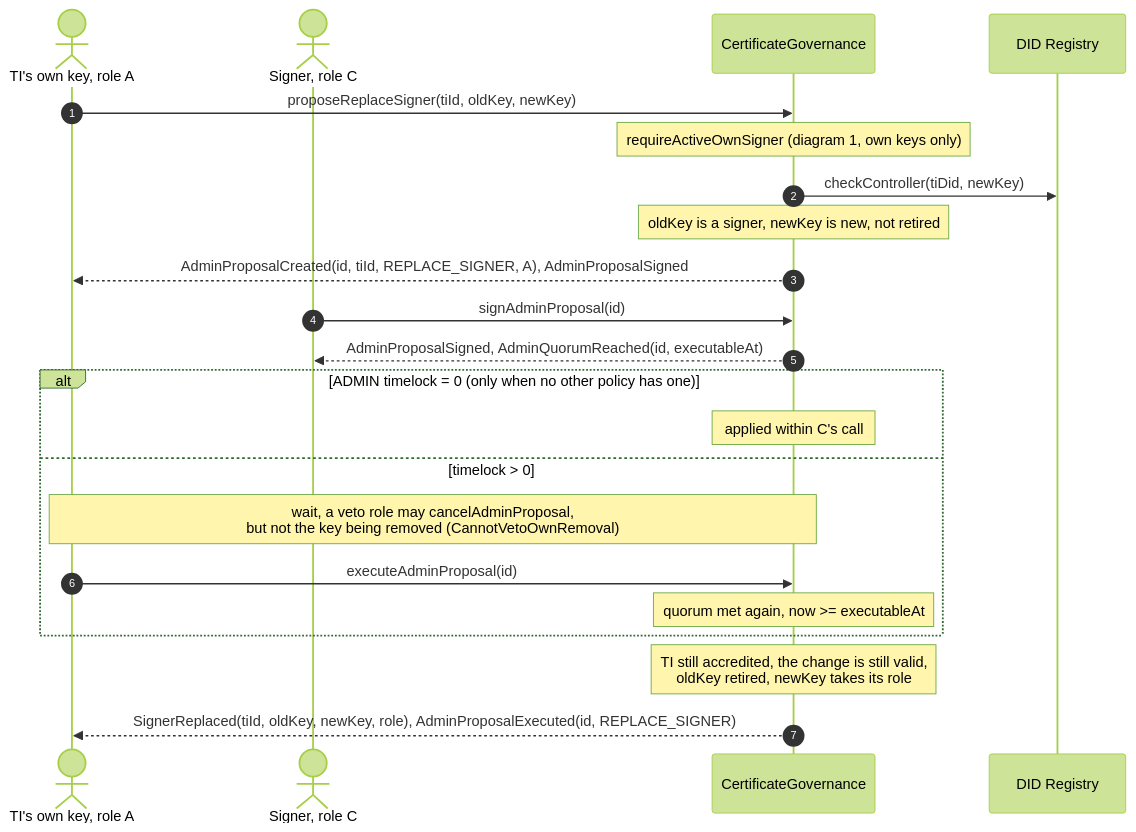
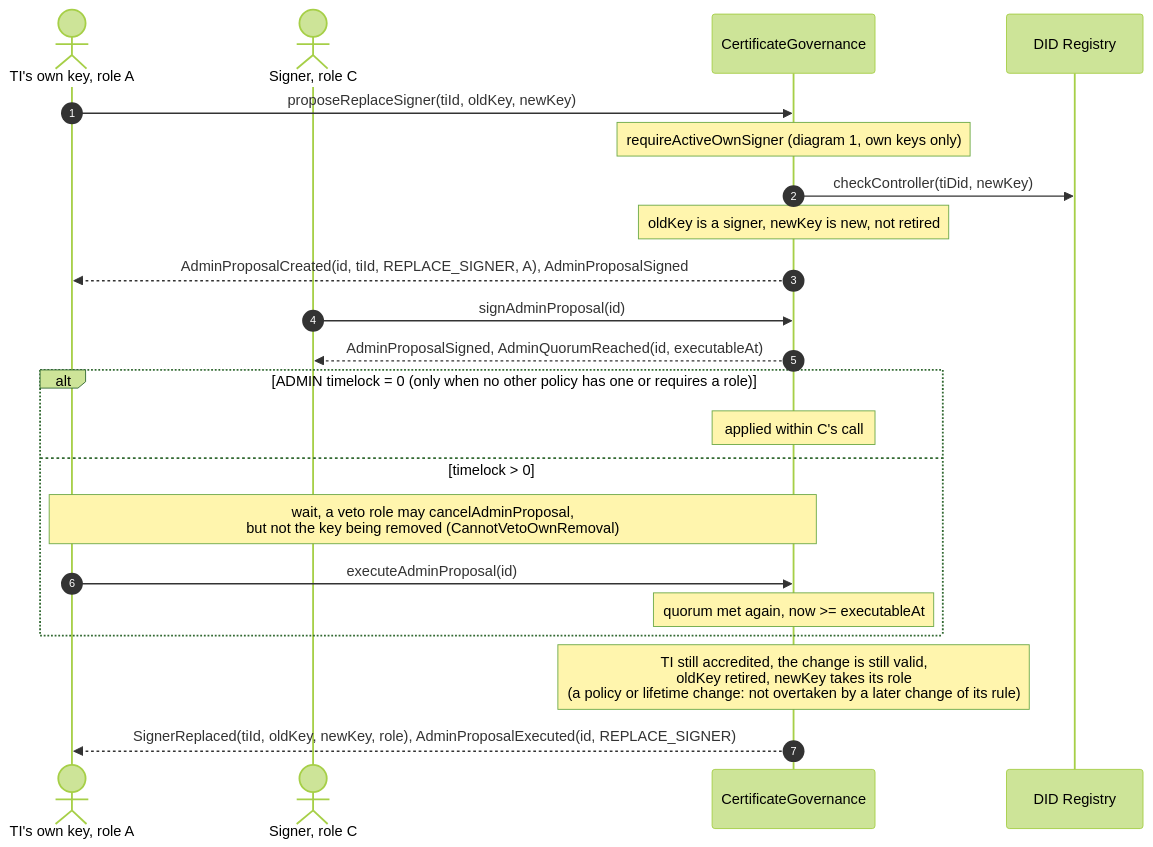
One commit to fiit-ba/ebsi-licences-for-cybersecurity-managers changed the seventh of 9 diagrams in contracts/docs/sequence-diagrams.md. Above: the diagram before and after it, drawn with Mermaid (forest theme). The commit also changed 8 other files, not shown here.

Commit message:
fix: Expire a rule change once a later change of the same policy or lifetime takes effect

````diff
--- a/contracts/docs/sequence-diagrams.md
+++ b/contracts/docs/sequence-diagrams.md
@@ -252,27 +252,27 @@
 ```mermaid
 sequenceDiagram
     autonumber
     actor A as TI's own key, role A
     actor C as Signer, role C
     participant G as CertificateGovernance
     participant D as DID Registry
 
     A->>G: proposeReplaceSigner(tiId, oldKey, newKey)
     Note over G: requireActiveOwnSigner (diagram 1, own keys only)
     G->>D: checkController(tiDid, newKey)
     Note over G: oldKey is a signer, newKey is new, not retired
     G-->>A: AdminProposalCreated(id, tiId, REPLACE_SIGNER, A), AdminProposalSigned
 
     C->>G: signAdminProposal(id)
     G-->>C: AdminProposalSigned, AdminQuorumReached(id, executableAt)
 
-    alt ADMIN timelock = 0 (only when no other policy has one)
+    alt ADMIN timelock = 0 (only when no other policy has one or requires a role)
         Note over G: applied within C's call
     else timelock > 0
         Note over A,G: wait, a veto role may cancelAdminProposal,<br/>but not the key being removed (CannotVetoOwnRemoval)
         A->>G: executeAdminProposal(id)
         Note over G: quorum met again, now >= executableAt
     end
-    Note over G: TI still accredited, the change is still valid,<br/>oldKey retired, newKey takes its role
+    Note over G: TI still accredited, the change is still valid,<br/>oldKey retired, newKey takes its role<br/>(a policy or lifetime change: not overtaken by a later change of its rule)
     G-->>A: SignerReplaced(tiId, oldKey, newKey, role), AdminProposalExecuted(id, REPLACE_SIGNER)
 ```
````
